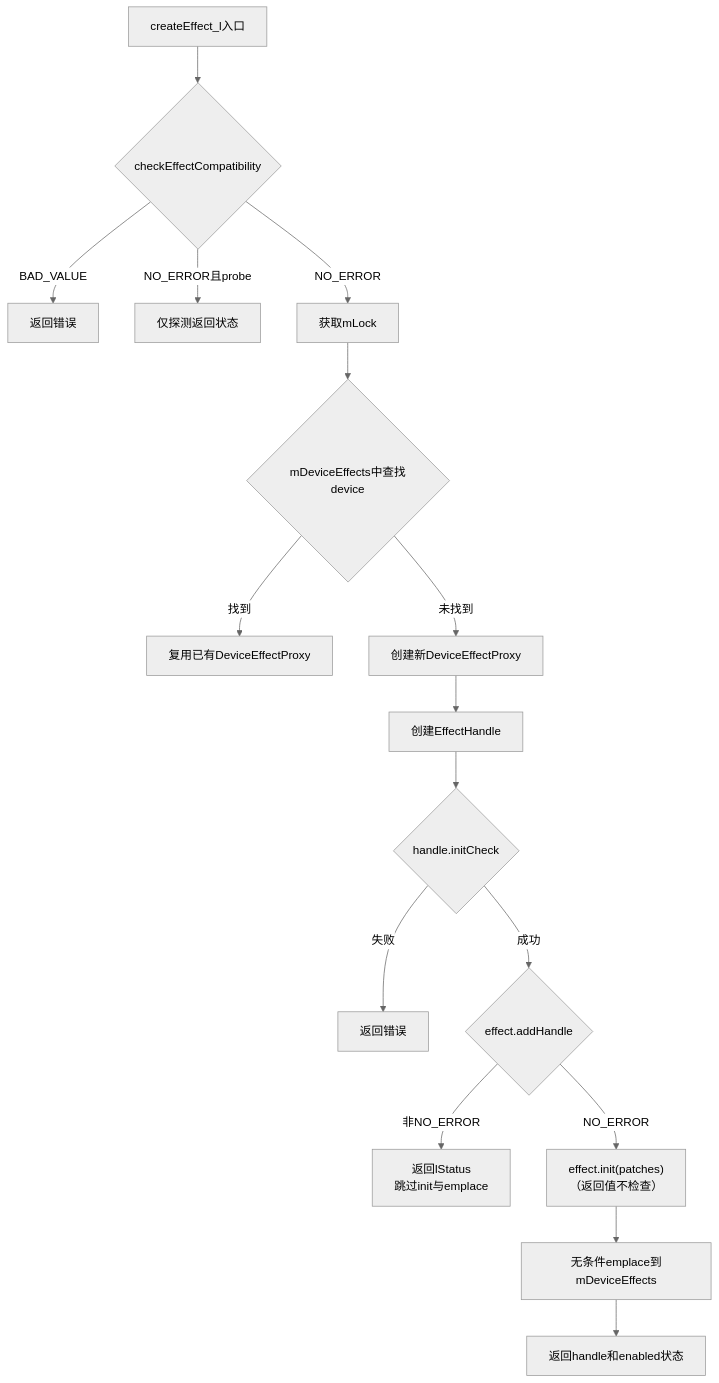
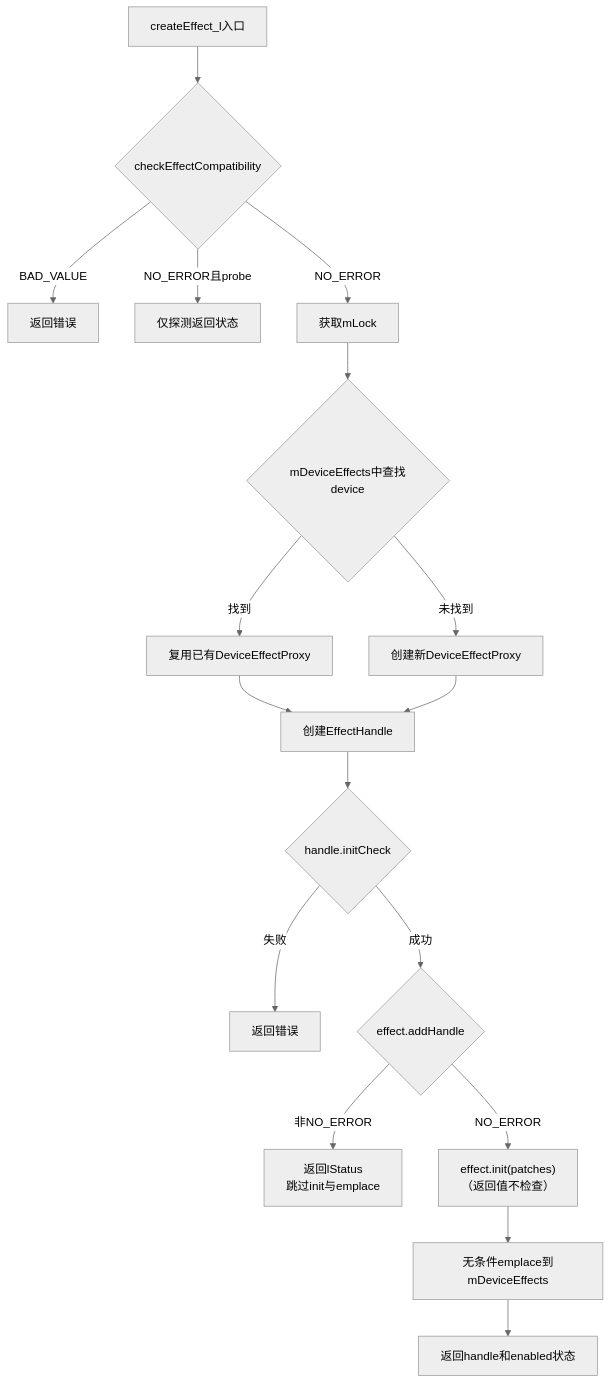
One commit to yanglinzhen1022/SA8295_AAOS_QNX_Audio_KnowledgeBase changed the second of 3 diagrams in 05_AudioFlinger/05_5.12_DeviceEffectManager-设备级音效管理.md. Above: the diagram before and after it, drawn with Mermaid (neutral theme). The commit also changed other lines of this file and 1 other file, not shown here.

````diff
--- a/05_AudioFlinger/05_5.12_DeviceEffectManager-设备级音效管理.md
+++ b/05_AudioFlinger/05_5.12_DeviceEffectManager-设备级音效管理.md
@@ -94,18 +94,19 @@
 ```mermaid
 flowchart TD
     A[createEffect_l入口] --> B{checkEffectCompatibility}
     B -->|BAD_VALUE| C[返回错误]
     B -->|NO_ERROR且probe| D[仅探测返回状态]
     B -->|NO_ERROR| E[获取mLock]
     E --> F{mDeviceEffects中查找device}
     F -->|找到| G[复用已有DeviceEffectProxy]
+    G --> I
     F -->|未找到| H[创建新DeviceEffectProxy]
     H --> I[创建EffectHandle]
     I --> J{handle.initCheck}
     J -->|失败| K[返回错误]
     J -->|成功| L{effect.addHandle}
     L -->|非NO_ERROR| K2[返回lStatus<br>跳过init与emplace]
     L -->|NO_ERROR| M["effect.init(patches)<br>（返回值不检查）"]
     M --> O[无条件emplace到mDeviceEffects]
     O --> P[返回handle和enabled状态]
 ```
````
